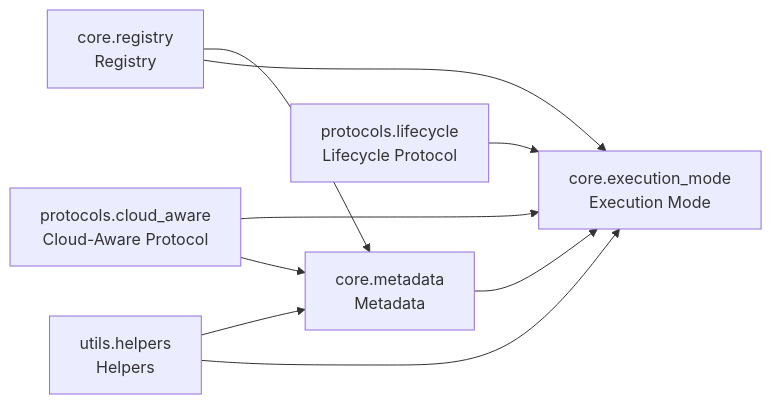
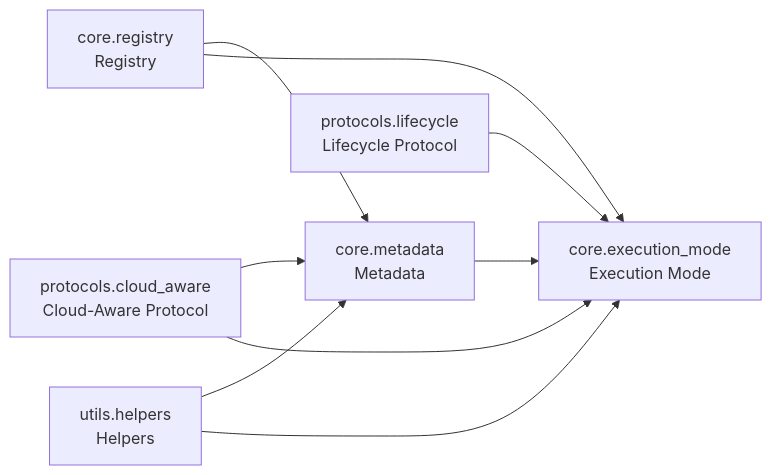
The diagram in README.md (cj-mills/cjm-fasthtml-plugins), drawn with Mermaid before and after one commit. The commit also changed other lines of this file and 4 other files, not shown here.

````diff
--- a/README.md
+++ b/README.md
@@ -29,18 +29,18 @@
 ``` mermaid
 graph LR
     core_execution_mode[core.execution_mode<br/>Execution Mode]
     core_metadata[core.metadata<br/>Metadata]
     core_registry[core.registry<br/>Registry]
     protocols_cloud_aware[protocols.cloud_aware<br/>Cloud-Aware Protocol]
     protocols_lifecycle[protocols.lifecycle<br/>Lifecycle Protocol]
     utils_helpers[utils.helpers<br/>Helpers]
 
     core_metadata --> core_execution_mode
     core_registry --> core_metadata
     core_registry --> core_execution_mode
+    protocols_cloud_aware --> core_metadata
     protocols_cloud_aware --> core_execution_mode
-    protocols_cloud_aware --> core_metadata
     protocols_lifecycle --> core_execution_mode
     utils_helpers --> core_metadata
     utils_helpers --> core_execution_mode
 ```
````
